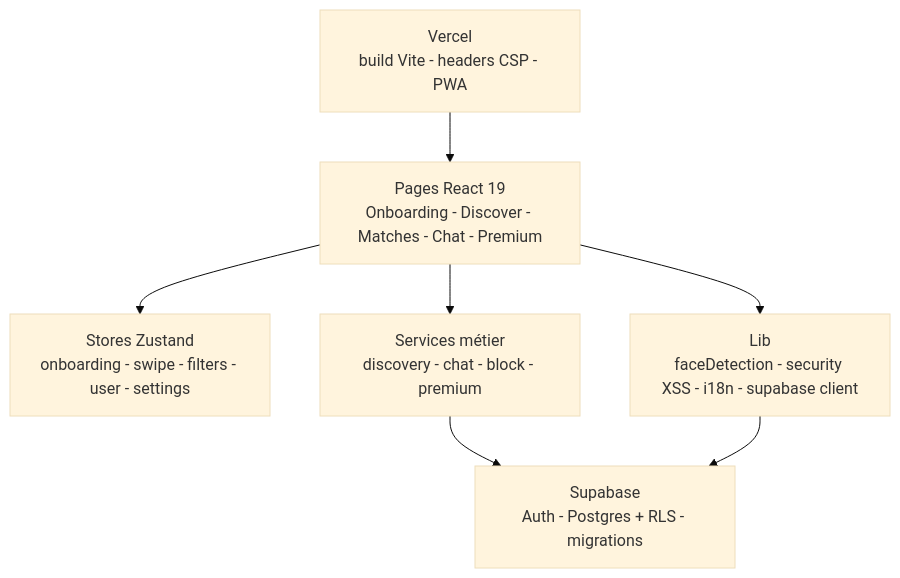
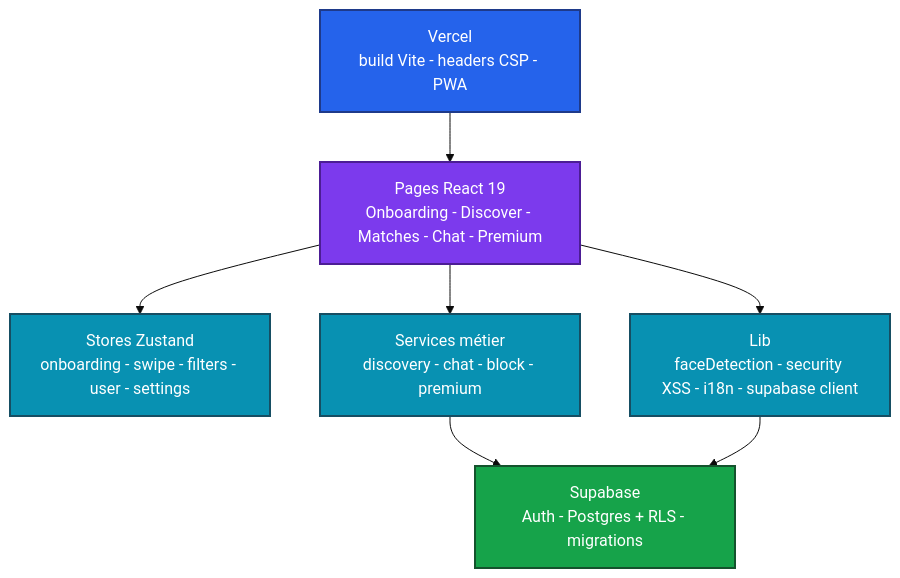
The diagram in README.md (Adam-Blf/Echo), drawn with Mermaid (base theme) before and after one commit. The commit also changed 2 other files, not shown here.

Commit message:
docs: add colors to mermaid diagrams (#9)
Each node gets a palette class (by subgraph or by flow depth), subgraphs are tinted, non-flowchart diagrams use a colored base theme. Validated by rendering every diagram before and after.

````diff
--- a/README.md
+++ b/README.md
@@ -20,16 +20,25 @@
 ```mermaid
 flowchart TB
     UI["Pages React 19<br/>Onboarding - Discover - Matches - Chat - Premium"]
     Stores["Stores Zustand<br/>onboarding - swipe - filters - user - settings"]
     Services["Services métier<br/>discovery - chat - block - premium"]
     Lib["Lib<br/>faceDetection - security XSS - i18n - supabase client"]
     Supabase["Supabase<br/>Auth - Postgres + RLS - migrations"]
     Vercel["Vercel<br/>build Vite - headers CSP - PWA"]
 
     UI --> Stores
     UI --> Services
     UI --> Lib
     Services --> Supabase
     Lib --> Supabase
     Vercel --> UI
+
+    classDef c0 fill:#2563eb,stroke:#1e3a8a,stroke-width:2px,color:#ffffff
+    classDef c1 fill:#7c3aed,stroke:#4c1d95,stroke-width:2px,color:#ffffff
+    classDef c2 fill:#0891b2,stroke:#164e63,stroke-width:2px,color:#ffffff
+    classDef c3 fill:#16a34a,stroke:#14532d,stroke-width:2px,color:#ffffff
+    class Vercel c0
+    class UI c1
+    class Stores,Services,Lib c2
+    class Supabase c3
 ```
````
